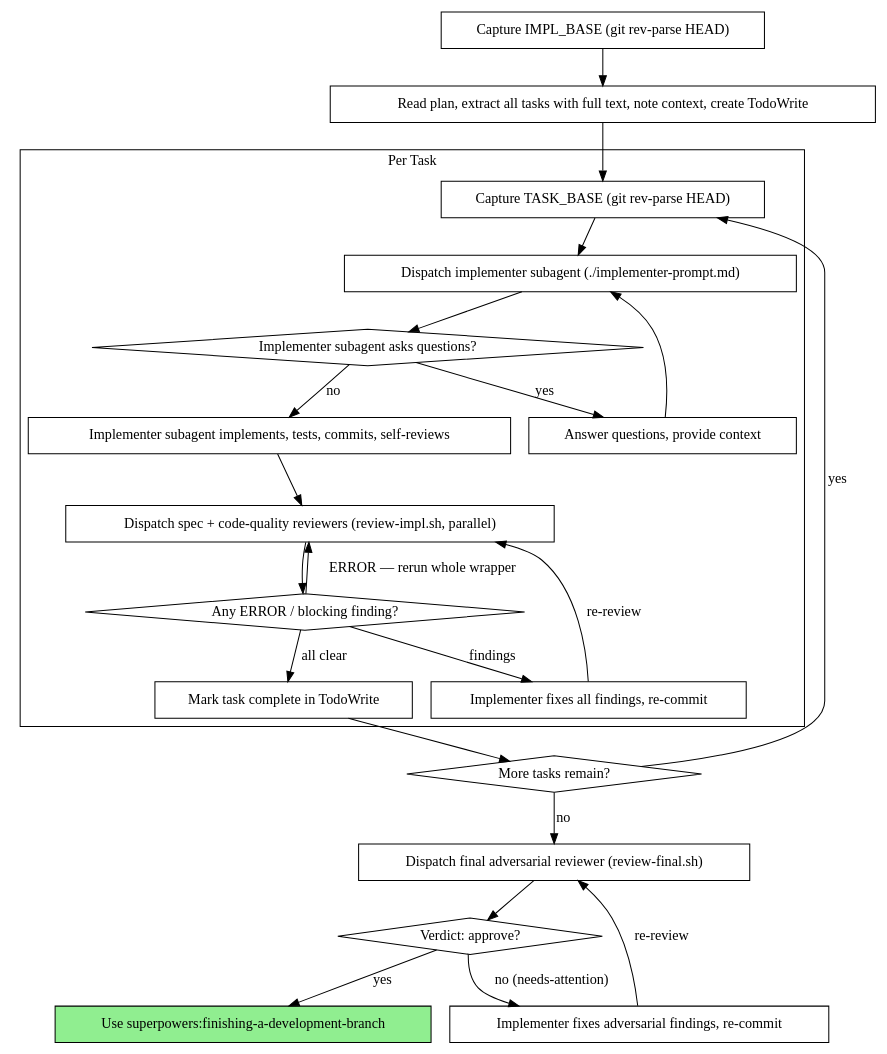
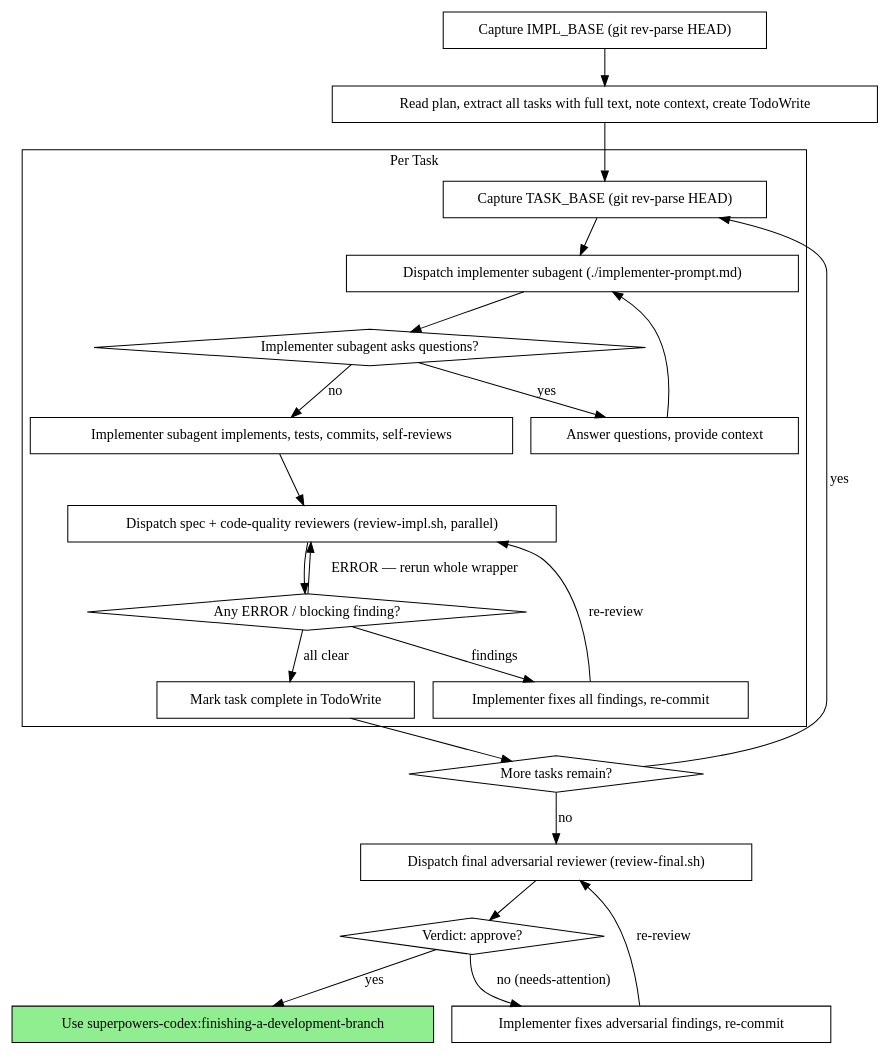
Before and after one commit to stu43005/superpowers-codex: the second of 2 diagrams in skills/subagent-driven-development/SKILL.md, drawn with Graphviz. The commit also changed other lines of this file and 2 other files, not shown here.

First line of the commit message:
docs: qualify cross-skill references with superpowers-codex namespace

````diff
--- a/skills/subagent-driven-development/SKILL.md
+++ b/skills/subagent-driven-development/SKILL.md
@@ -34,47 +34,47 @@
 ```dot
 digraph process {
     rankdir=TB;
 
     subgraph cluster_per_task {
         label="Per Task";
         "Capture TASK_BASE (git rev-parse HEAD)" [shape=box];
         "Dispatch implementer subagent (./implementer-prompt.md)" [shape=box];
         "Implementer subagent asks questions?" [shape=diamond];
         "Answer questions, provide context" [shape=box];
         "Implementer subagent implements, tests, commits, self-reviews" [shape=box];
         "Dispatch spec + code-quality reviewers (review-impl.sh, parallel)" [shape=box];
         "Any ERROR / blocking finding?" [shape=diamond];
         "Implementer fixes all findings, re-commit" [shape=box];
         "Mark task complete in TodoWrite" [shape=box];
     }
 
     "Capture IMPL_BASE (git rev-parse HEAD)" [shape=box];
     "Read plan, extract all tasks with full text, note context, create TodoWrite" [shape=box];
     "More tasks remain?" [shape=diamond];
     "Dispatch final adversarial reviewer (review-final.sh)" [shape=box];
     "Verdict: approve?" [shape=diamond];
     "Implementer fixes adversarial findings, re-commit" [shape=box];
-    "Use superpowers:finishing-a-development-branch" [shape=box style=filled fillcolor=lightgreen];
+    "Use superpowers-codex:finishing-a-development-branch" [shape=box style=filled fillcolor=lightgreen];
 
     "Capture IMPL_BASE (git rev-parse HEAD)" -> "Read plan, extract all tasks with full text, note context, create TodoWrite";
     "Read plan, extract all tasks with full text, note context, create TodoWrite" -> "Capture TASK_BASE (git rev-parse HEAD)";
     "Capture TASK_BASE (git rev-parse HEAD)" -> "Dispatch implementer subagent (./implementer-prompt.md)";
     "Dispatch implementer subagent (./implementer-prompt.md)" -> "Implementer subagent asks questions?";
     "Implementer subagent asks questions?" -> "Answer questions, provide context" [label="yes"];
     "Answer questions, provide context" -> "Dispatch implementer subagent (./implementer-prompt.md)";
     "Implementer subagent asks questions?" -> "Implementer subagent implements, tests, commits, self-reviews" [label="no"];
     "Implementer subagent implements, tests, commits, self-reviews" -> "Dispatch spec + code-quality reviewers (review-impl.sh, parallel)";
     "Dispatch spec + code-quality reviewers (review-impl.sh, parallel)" -> "Any ERROR / blocking finding?";
     "Any ERROR / blocking finding?" -> "Dispatch spec + code-quality reviewers (review-impl.sh, parallel)" [label="ERROR — rerun whole wrapper"];
     "Any ERROR / blocking finding?" -> "Implementer fixes all findings, re-commit" [label="findings"];
     "Implementer fixes all findings, re-commit" -> "Dispatch spec + code-quality reviewers (review-impl.sh, parallel)" [label="re-review"];
     "Any ERROR / blocking finding?" -> "Mark task complete in TodoWrite" [label="all clear"];
     "Mark task complete in TodoWrite" -> "More tasks remain?";
     "More tasks remain?" -> "Capture TASK_BASE (git rev-parse HEAD)" [label="yes"];
     "More tasks remain?" -> "Dispatch final adversarial reviewer (review-final.sh)" [label="no"];
     "Dispatch final adversarial reviewer (review-final.sh)" -> "Verdict: approve?";
     "Verdict: approve?" -> "Implementer fixes adversarial findings, re-commit" [label="no (needs-attention)"];
     "Implementer fixes adversarial findings, re-commit" -> "Dispatch final adversarial reviewer (review-final.sh)" [label="re-review"];
-    "Verdict: approve?" -> "Use superpowers:finishing-a-development-branch" [label="yes"];
+    "Verdict: approve?" -> "Use superpowers-codex:finishing-a-development-branch" [label="yes"];
 }
 ```
````
